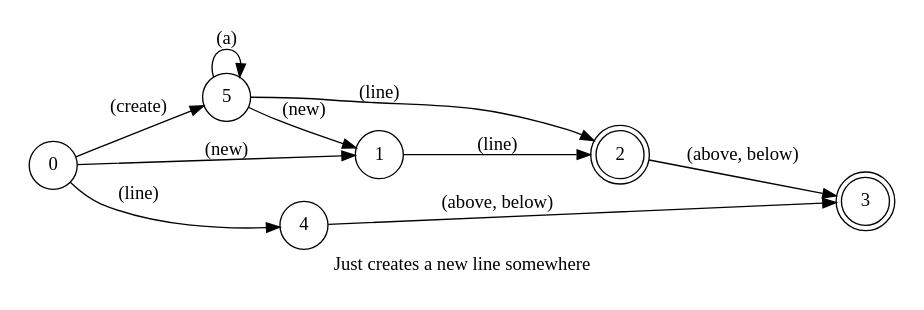
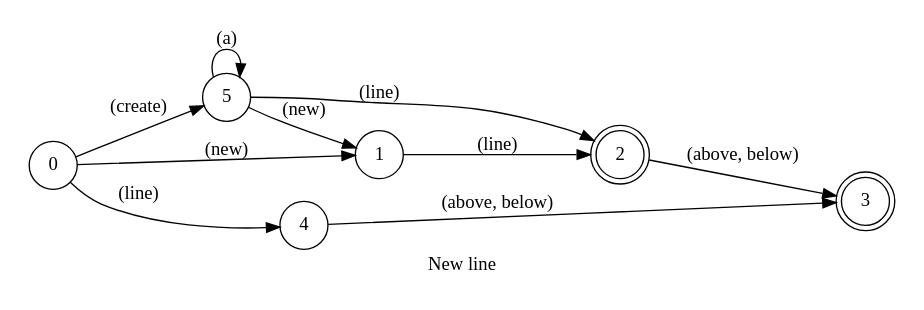
The diagram in spoken/src/modules/typescript/new_line/phrase_en-US.dot (pedrooaugusto/speech-to-code), drawn with Graphviz before and after one commit. The commit also changed 34 other files, not shown here.

```diff
--- a/spoken/src/modules/typescript/new_line/phrase_en-US.dot
+++ b/spoken/src/modules/typescript/new_line/phrase_en-US.dot
@@ -1,20 +1,20 @@
 digraph NewLine {
     id="new_line";
-    label="Just creates a new line somewhere";
+    label="New line";
     lang="en-US";
     langName="English";
     pad="0.2";
     rankdir=LR;
     node[shape=doublecircle]; 2 3;
     node[shape=circle];
 
     {0 5} -> 1 [label="(new)"];
     {1 5} -> 2 [label="(line)"];
     {2 4} -> 3 [label="(above, below)", store=position];
     0 -> 4 [label="(line)"];
     0 -> 5 [label="(create)"];
     5 -> 5 [label="(a)"];
 
-    title="Create a new line";
-    desc="Creates a new line above or bellow the current line";
+    title="New line";
+    desc="Creates a new line above or below the current line";
 }
```
